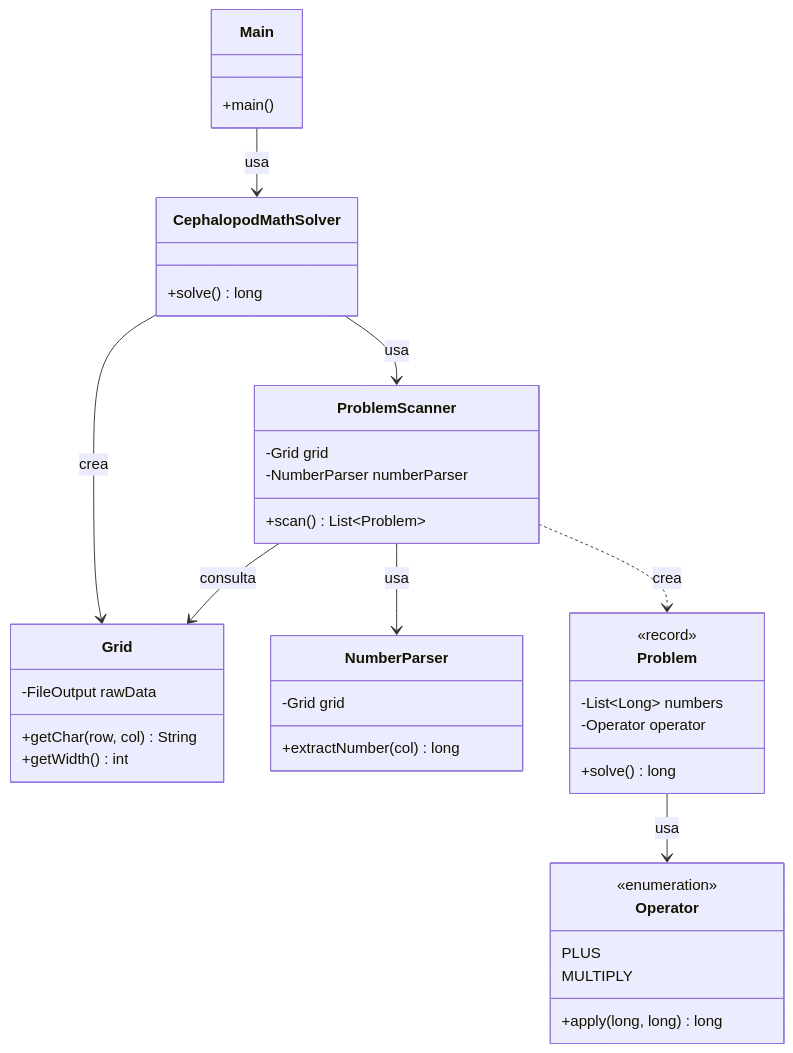
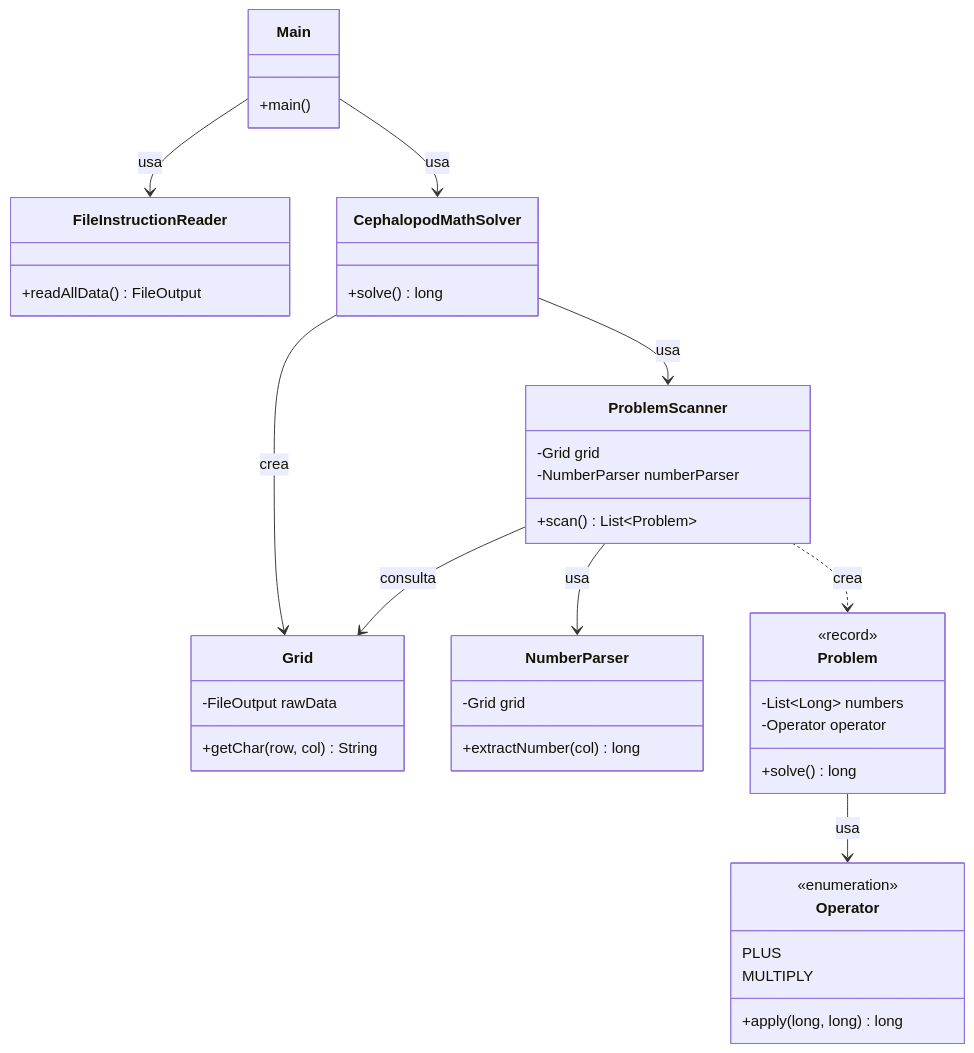
One commit to Carlossr2401/AdventOfCode6-2025 changed the second of 2 diagrams in README.md. Above: the diagram before and after it, drawn with Mermaid. The commit also changed other lines of this file, not shown here.

````diff
--- a/README.md
+++ b/README.md
@@ -114,43 +115,46 @@
 ```mermaid
 classDiagram
     class Main {
         +main()
+    }
+    class FileInstructionReader {
+        +readAllData() FileOutput
     }
     class CephalopodMathSolver {
         +solve() long
     }
     class Grid {
         -FileOutput rawData
         +getChar(row, col) String
-        +getWidth() int
     }
     class ProblemScanner {
         -Grid grid
         -NumberParser numberParser
         +scan() List~Problem~
     }
     class NumberParser {
         -Grid grid
         +extractNumber(col) long
     }
     class Problem {
         <<record>>
         -List~Long~ numbers
         -Operator operator
         +solve() long
     }
     class Operator {
         <<enumeration>>
         PLUS
         MULTIPLY
         +apply(long, long) long
     }
 
+    Main --> FileInstructionReader : usa
     Main --> CephalopodMathSolver : usa
     CephalopodMathSolver --> Grid : crea
     CephalopodMathSolver --> ProblemScanner : usa
     ProblemScanner --> Grid : consulta
     ProblemScanner --> NumberParser : usa
     ProblemScanner ..> Problem : crea
     Problem --> Operator : usa
 ```
````
